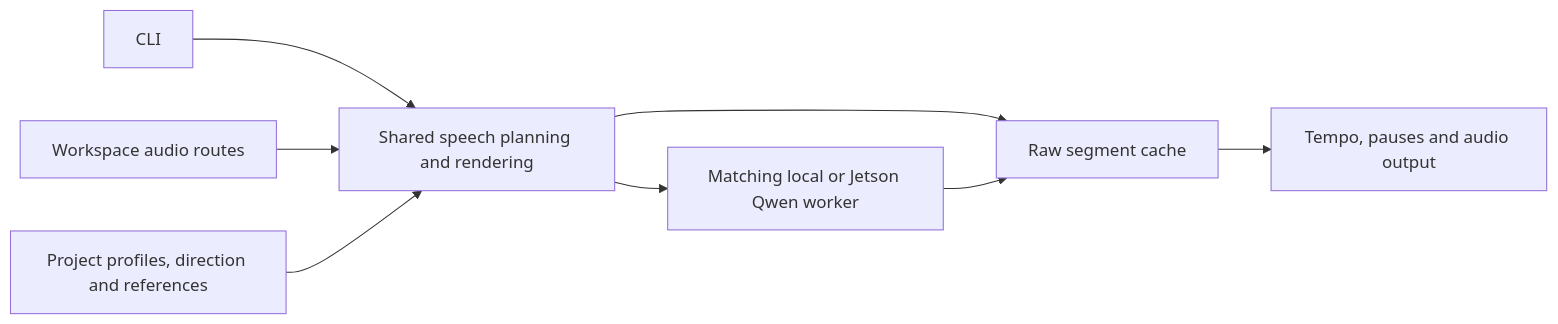
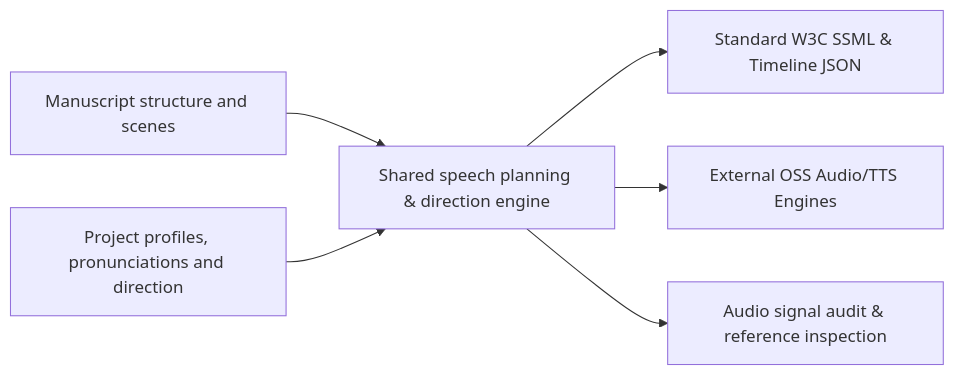
The second of 2 diagrams in docs/ARCHITECTURE.md (mfahsold/lixity), drawn with Mermaid before and after one commit. The commit also changed other lines of this file and 11 other files, not shown here.

Commit message:
Realignt audio architecture towards SSML direction export and external speech engines (closes #17)

````diff
--- a/docs/ARCHITECTURE.md
+++ b/docs/ARCHITECTURE.md
@@ -1346,10 +1346,8 @@
 ```mermaid
 flowchart LR
-    CLI[CLI] --> Planner[Shared speech planning and rendering]
-    UI[Workspace audio routes] --> Planner
-    Project[Project profiles, direction and references] --> Planner
-    Planner --> Cache[Raw segment cache]
-    Planner --> Worker[Matching local or Jetson Qwen worker]
-    Worker --> Cache
-    Cache --> Output[Tempo, pauses and audio output]
+    Manuscript[Manuscript structure and scenes] --> Planner[Shared speech planning & direction engine]
+    Project[Project profiles, pronunciations and direction] --> Planner
+    Planner --> SSML[Standard W3C SSML & Timeline JSON]
+    Planner --> External[External OSS Audio/TTS Engines]
+    Planner --> Quality[Audio signal audit & reference inspection]
 ```
````
